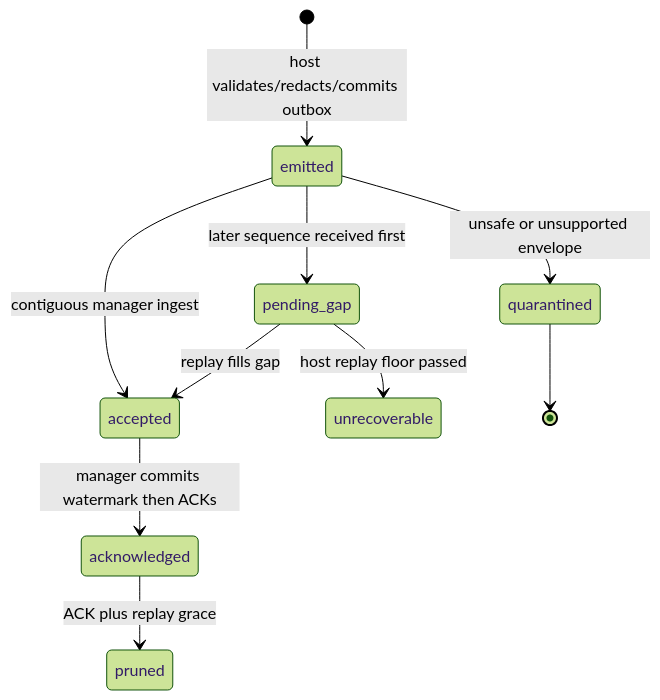
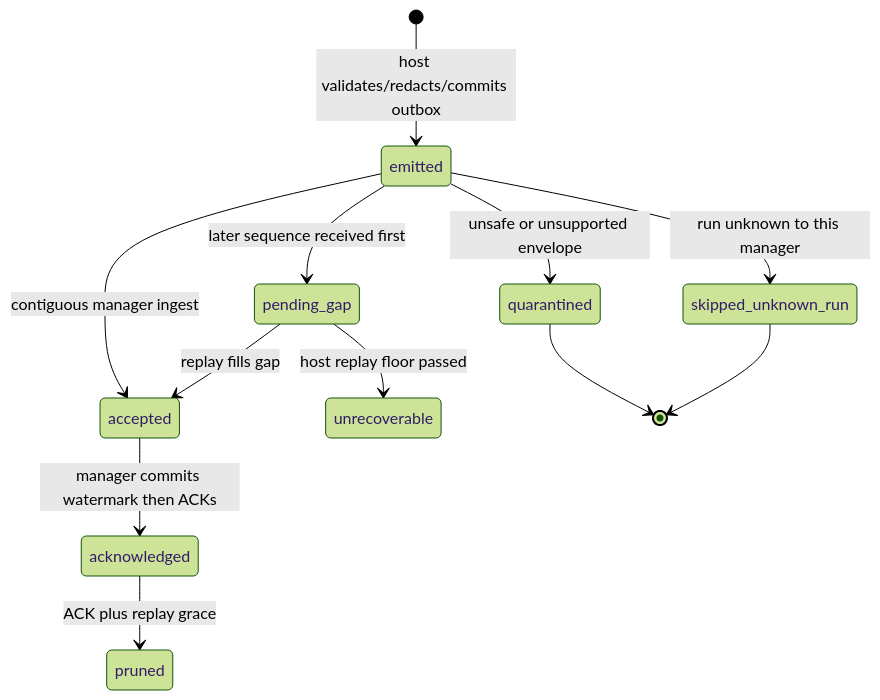
Before and after one commit to maister-dev/maister: the first of 2 diagrams in docs/system-analytics/execution-event-plane.md, drawn with Mermaid (forest theme). The commit also changed other lines of this file and 2 other files, not shown here.

````diff
--- a/docs/system-analytics/execution-event-plane.md
+++ b/docs/system-analytics/execution-event-plane.md
@@ -27,12 +31,14 @@
 ```mermaid
 stateDiagram-v2
   [*] --> emitted: host validates/redacts/commits outbox
   emitted --> pending_gap: later sequence received first
   emitted --> accepted: contiguous manager ingest
   pending_gap --> accepted: replay fills gap
   accepted --> acknowledged: manager commits watermark then ACKs
   pending_gap --> unrecoverable: host replay floor passed
   emitted --> quarantined: unsafe or unsupported envelope
   quarantined --> [*]
+  emitted --> skipped_unknown_run: run unknown to this manager
+  skipped_unknown_run --> [*]
   acknowledged --> pruned: ACK plus replay grace
 ```
````
